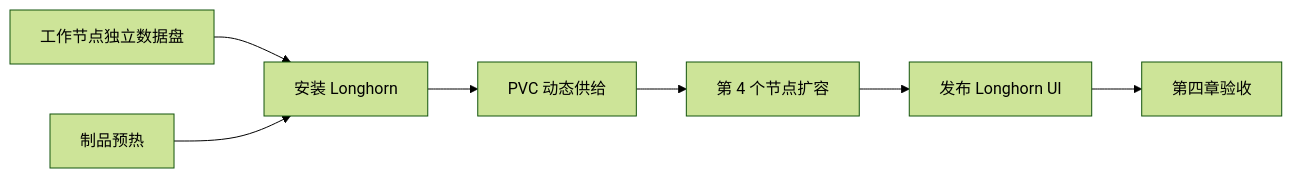
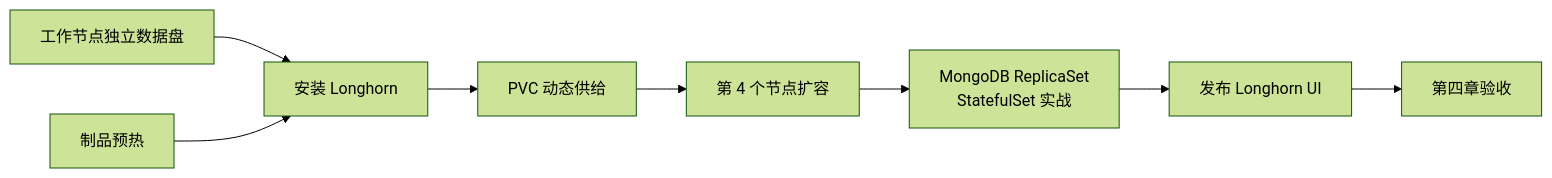
Before and after one commit to hwang-protocol/docker_k8s_2026: the diagram in k8s/04-storage-and-stateful/docs/01_chapter_guide.md, drawn with Mermaid (forest theme). The commit also changed other lines of this file and 40 other files, not shown here.

````diff
--- a/k8s/04-storage-and-stateful/docs/01_chapter_guide.md
+++ b/k8s/04-storage-and-stateful/docs/01_chapter_guide.md
@@ -71,17 +74,19 @@
 ```mermaid
 flowchart LR
   disk[工作节点独立数据盘]
   prep[制品预热]
   install[安装 Longhorn]
   pvc[PVC 动态供给]
   expand[第 4 个节点扩容]
+  sts[MongoDB ReplicaSet<br/>StatefulSet 实战]
   ui[发布 Longhorn UI]
   verify[第四章验收]
 
   disk --> install
   prep --> install
   install --> pvc
   pvc --> expand
-  expand --> ui
+  expand --> sts
+  sts --> ui
   ui --> verify
 ```
````
